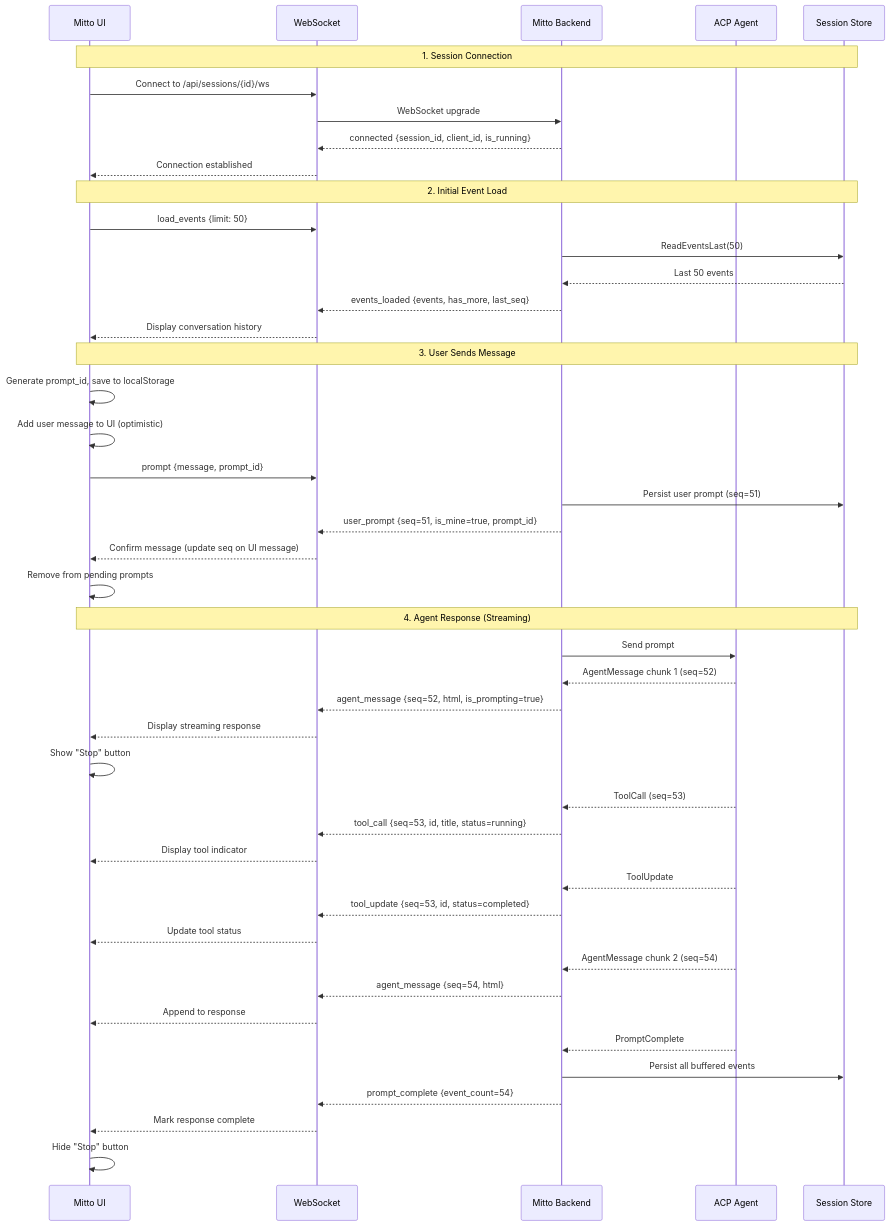
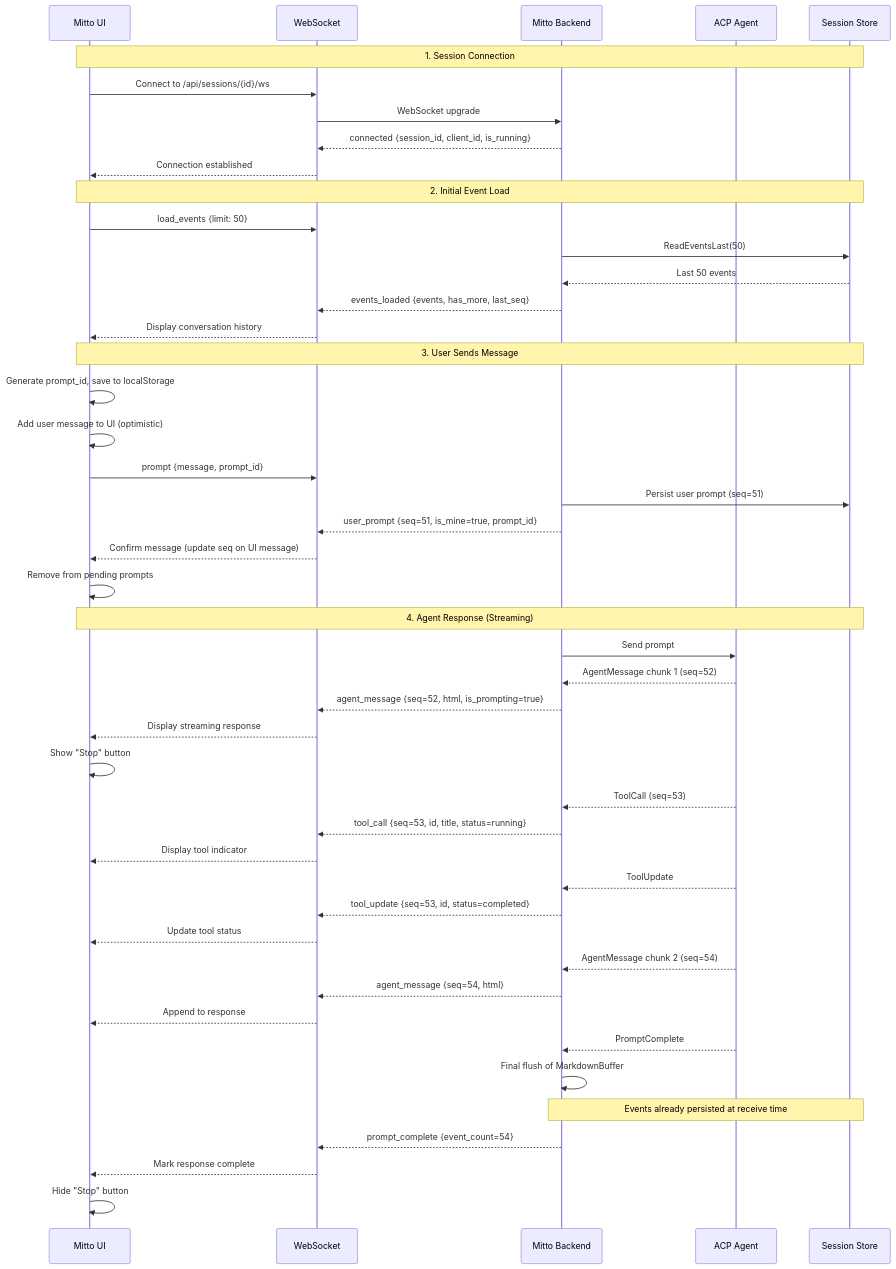
One commit to inercia/mitto changed the first of 14 diagrams in docs/devel/websockets/communication-flows.md. Above: the diagram before and after it, drawn with Mermaid. The commit also changed other lines of this file and 9 other files, not shown here.

````diff
--- a/docs/devel/websockets/communication-flows.md
+++ b/docs/devel/websockets/communication-flows.md
@@ -15,55 +15,56 @@
 ```mermaid
 sequenceDiagram
     participant UI as Mitto UI
     participant WS as WebSocket
     participant Backend as Mitto Backend
     participant ACP as ACP Agent
     participant Store as Session Store
 
     Note over UI,Store: 1. Session Connection
     UI->>WS: Connect to /api/sessions/{id}/ws
     WS->>Backend: WebSocket upgrade
     Backend-->>WS: connected {session_id, client_id, is_running}
     WS-->>UI: Connection established
 
     Note over UI,Store: 2. Initial Event Load
     UI->>WS: load_events {limit: 50}
     Backend->>Store: ReadEventsLast(50)
     Store-->>Backend: Last 50 events
     Backend-->>WS: events_loaded {events, has_more, last_seq}
     WS-->>UI: Display conversation history
 
     Note over UI,Store: 3. User Sends Message
     UI->>UI: Generate prompt_id, save to localStorage
     UI->>UI: Add user message to UI (optimistic)
     UI->>WS: prompt {message, prompt_id}
     Backend->>Store: Persist user prompt (seq=51)
     Backend-->>WS: user_prompt {seq=51, is_mine=true, prompt_id}
     WS-->>UI: Confirm message (update seq on UI message)
     UI->>UI: Remove from pending prompts
 
     Note over UI,Store: 4. Agent Response (Streaming)
     Backend->>ACP: Send prompt
     ACP-->>Backend: AgentMessage chunk 1 (seq=52)
     Backend-->>WS: agent_message {seq=52, html, is_prompting=true}
     WS-->>UI: Display streaming response
     UI->>UI: Show "Stop" button
 
     ACP-->>Backend: ToolCall (seq=53)
     Backend-->>WS: tool_call {seq=53, id, title, status=running}
     WS-->>UI: Display tool indicator
 
     ACP-->>Backend: ToolUpdate
     Backend-->>WS: tool_update {seq=53, id, status=completed}
     WS-->>UI: Update tool status
 
     ACP-->>Backend: AgentMessage chunk 2 (seq=54)
     Backend-->>WS: agent_message {seq=54, html}
     WS-->>UI: Append to response
 
     ACP-->>Backend: PromptComplete
-    Backend->>Store: Persist all buffered events
+    Backend->>Backend: Final flush of MarkdownBuffer
+    Note over Backend,Store: Events already persisted at receive time
     Backend-->>WS: prompt_complete {event_count=54}
     WS-->>UI: Mark response complete
     UI->>UI: Hide "Stop" button
 ```
````
